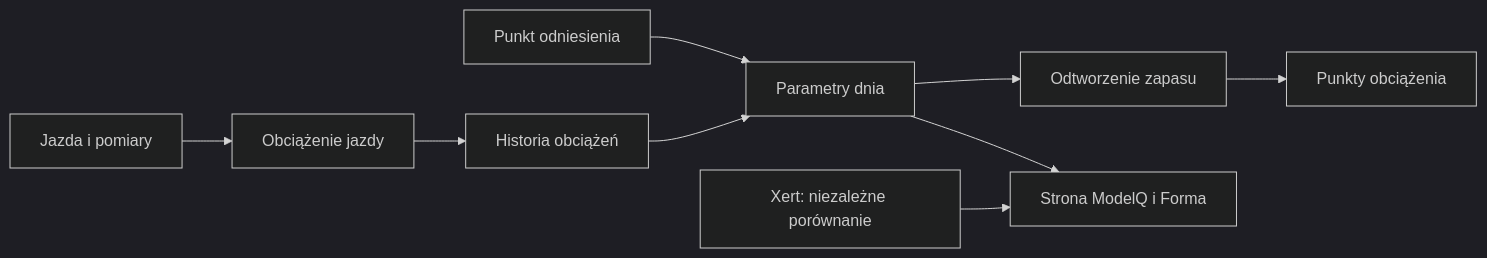
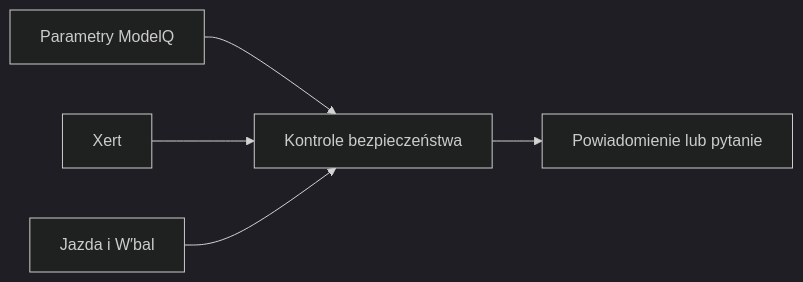
One commit to QbotMS/QbotQ changed the diagram in docs/wiki/modelq/bezpieczniki.md. Above: the diagram before and after it, drawn with Mermaid (dark theme). The commit also changed other lines of this file and 153 other files, not shown here.

````diff
--- a/docs/wiki/modelq/bezpieczniki.md
+++ b/docs/wiki/modelq/bezpieczniki.md
@@ -39,11 +35,7 @@
 ```mermaid
 flowchart LR
-  Jazda[Jazda i pomiary] --> Obciazenie[Obciążenie jazdy]
-  Obciazenie --> Historia[Historia obciążeń]
-  Kotwica[Punkt odniesienia] --> Sygnatura[Parametry dnia]
-  Historia --> Sygnatura
-  Sygnatura --> Replay[Odtworzenie zapasu]
-  Replay --> Load[Punkty obciążenia]
-  Sygnatura --> Ekran[Strona ModelQ i Forma]
-  Xert[Xert: niezależne porównanie] --> Ekran
+  ModelQ[Parametry ModelQ] --> Kontrole[Kontrole bezpieczeństwa]
+  Xert[Xert] --> Kontrole
+  Jazda[Jazda i W′bal] --> Kontrole
+  Kontrole --> Telegram[Powiadomienie lub pytanie]
 ```
````
